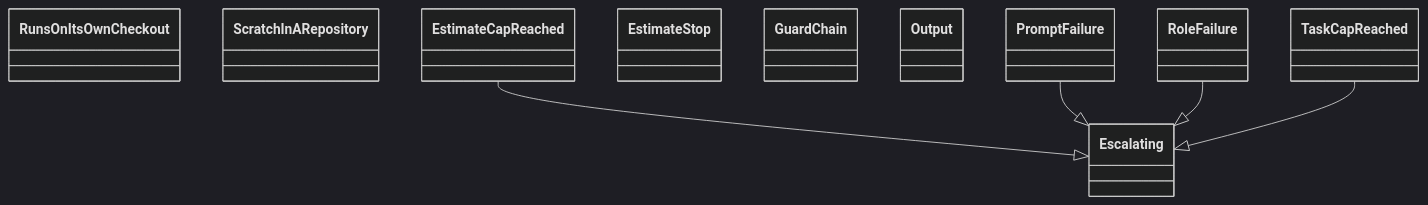
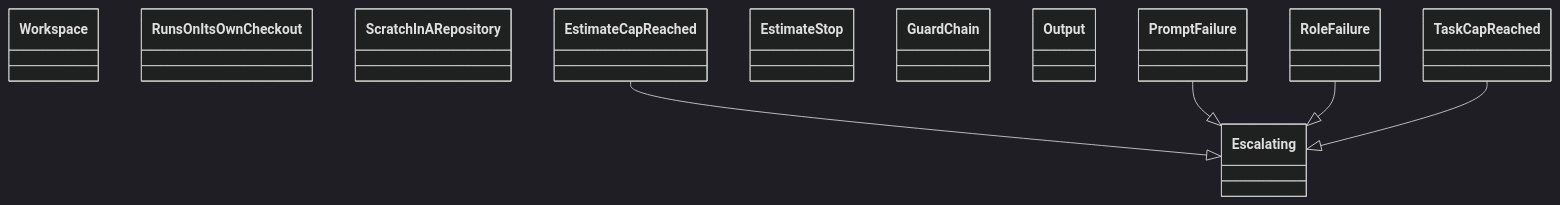
One commit to GonzaloZevallos/agentic-system changed the diagram in docs/architecture/generated/classes-process-application-support-6.md. Above: the diagram before and after it, drawn with Mermaid (dark theme). The commit also changed other lines of this file and 7 other files, not shown here.

````diff
--- a/docs/architecture/generated/classes-process-application-support-6.md
+++ b/docs/architecture/generated/classes-process-application-support-6.md
@@ -17,17 +17,18 @@
 ```mermaid
 classDiagram
+    class ports__Workspace["Workspace"]
     class preflight__RunsOnItsOwnCheckout["RunsOnItsOwnCheckout"]
     class preflight__ScratchInARepository["ScratchInARepository"]
     class run_role__Escalating["Escalating"]
     class run_role__EstimateCapReached["EstimateCapReached"]
     class run_role__EstimateStop["EstimateStop"]
     class run_role__GuardChain["GuardChain"]
     class run_role__Output["Output"]
     class run_role__PromptFailure["PromptFailure"]
     class run_role__RoleFailure["RoleFailure"]
     class run_role__TaskCapReached["TaskCapReached"]
     run_role__EstimateCapReached --|> run_role__Escalating
     run_role__PromptFailure --|> run_role__Escalating
     run_role__RoleFailure --|> run_role__Escalating
     run_role__TaskCapReached --|> run_role__Escalating
 ```
````
